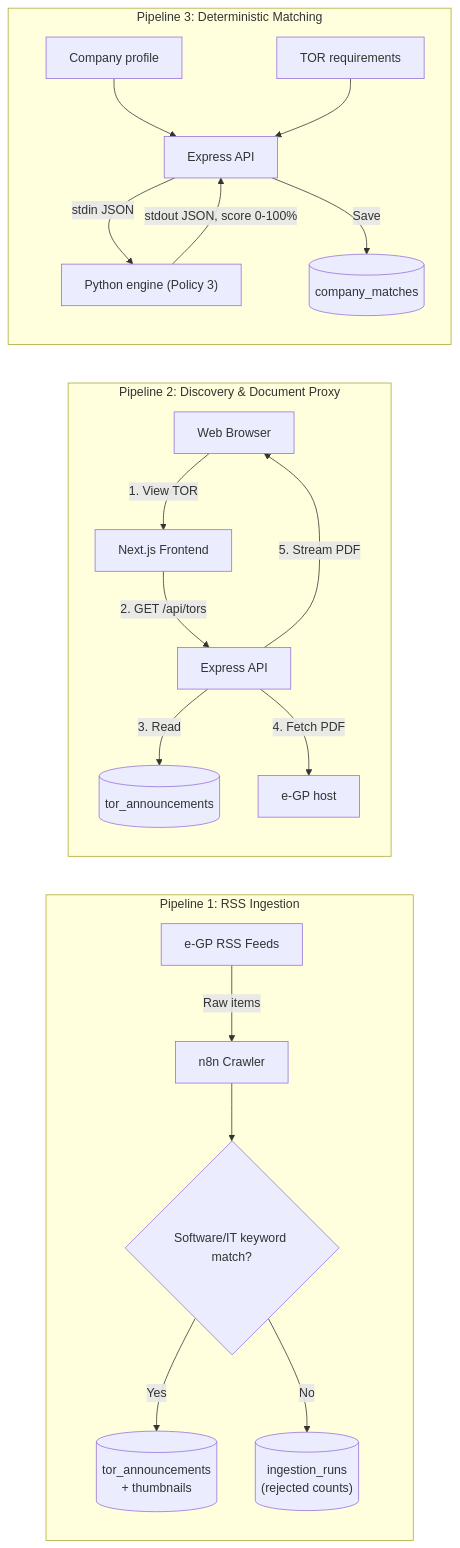
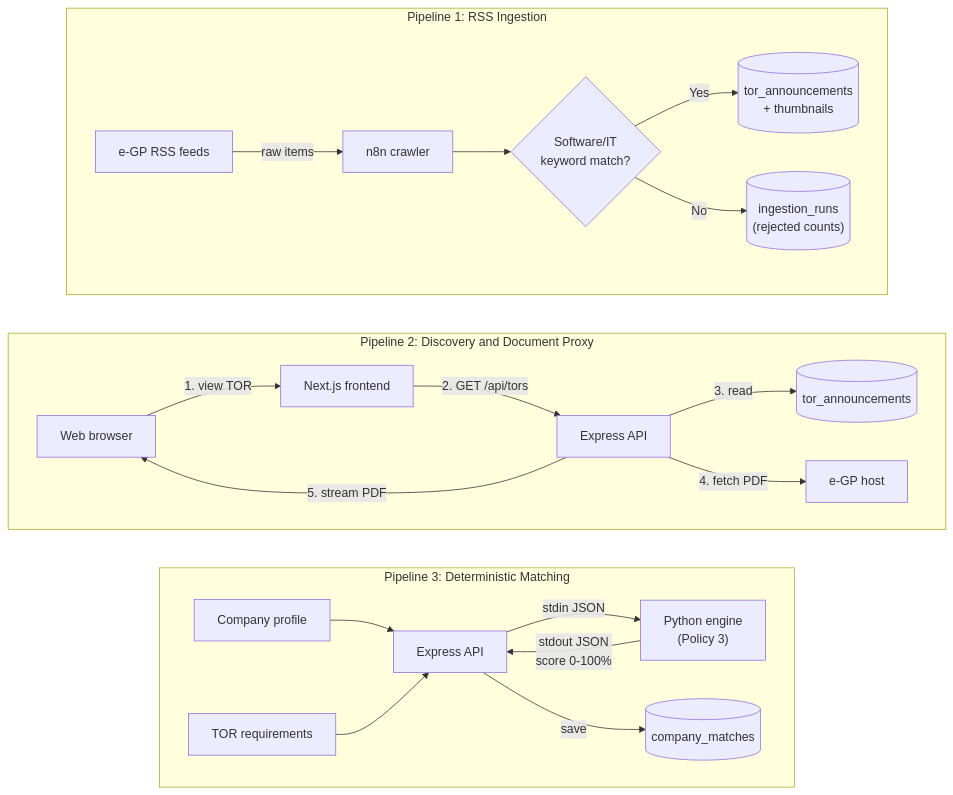
Before and after one commit to taamtera/Bangkok-TOR: the second of 4 diagrams in README.md, drawn with Mermaid. The commit also changed other lines of this file, not shown here.

Commit message:
update README.md in dataflow diagram part for better readability

````diff
--- a/README.md
+++ b/README.md
@@ -144,28 +144,31 @@
 ```mermaid
-flowchart LR
-    subgraph Flow1["Pipeline 1: RSS Ingestion"]
-        direction TB
-        eGP_1["e-GP RSS Feeds"] -->|"Raw items"| n8n_1["n8n Crawler"]
-        n8n_1 --> Filter_1{"Software/IT keyword match?"}
-        Filter_1 -- Yes --> DB_Tors_1[("tor_announcements<br/>+ thumbnails")]
-        Filter_1 -- No --> DB_Runs_1[("ingestion_runs<br/>(rejected counts)")]
+flowchart TB
+    subgraph P1["Pipeline 1: RSS Ingestion"]
+        direction LR
+        egp1["e-GP RSS feeds"] -->|"raw items"| n8n1["n8n crawler"]
+        n8n1 --> filter1{"Software/IT<br/>keyword match?"}
+        filter1 -- "Yes" --> tors1[("tor_announcements<br/>+ thumbnails")]
+        filter1 -- "No" --> runs1[("ingestion_runs<br/>(rejected counts)")]
     end
 
-    subgraph Flow2["Pipeline 2: Discovery & Document Proxy"]
-        direction TB
-        User_2["Web Browser"] -->|"1. View TOR"| Next_2["Next.js Frontend"]
-        Next_2 -->|"2. GET /api/tors"| API_2["Express API"]
-        API_2 -->|"3. Read"| DB_Tors_2[("tor_announcements")]
-        API_2 -->|"4. Fetch PDF"| eGP_2["e-GP host"]
-        API_2 -->|"5. Stream PDF"| User_2
+    subgraph P2["Pipeline 2: Discovery and Document Proxy"]
+        direction LR
+        browser2["Web browser"] -->|"1. view TOR"| fe2["Next.js frontend"]
+        fe2 -->|"2. GET /api/tors"| api2["Express API"]
+        api2 -->|"3. read"| tors2[("tor_announcements")]
+        api2 -->|"4. fetch PDF"| egp2["e-GP host"]
+        api2 -->|"5. stream PDF"| browser2
     end
 
-    subgraph Flow3["Pipeline 3: Deterministic Matching"]
-        direction TB
-        Comp_3["Company profile"] --> API_3["Express API"]
-        TOR_3["TOR requirements"] --> API_3
-        API_3 -->|"stdin JSON"| Py_3["Python engine (Policy 3)"]
-        Py_3 -->|"stdout JSON, score 0-100%"| API_3
-        API_3 -->|"Save"| DB_Matches_3[("company_matches")]
+    subgraph P3["Pipeline 3: Deterministic Matching"]
+        direction LR
+        comp3["Company profile"] --> api3["Express API"]
+        tor3["TOR requirements"] --> api3
+        api3 -->|"stdin JSON"| py3["Python engine<br/>(Policy 3)"]
+        py3 -->|"stdout JSON<br/>score 0-100%"| api3
+        api3 -->|"save"| matches3[("company_matches")]
     end
+
+    P1 ~~~ P2
+    P2 ~~~ P3
 ```
````
